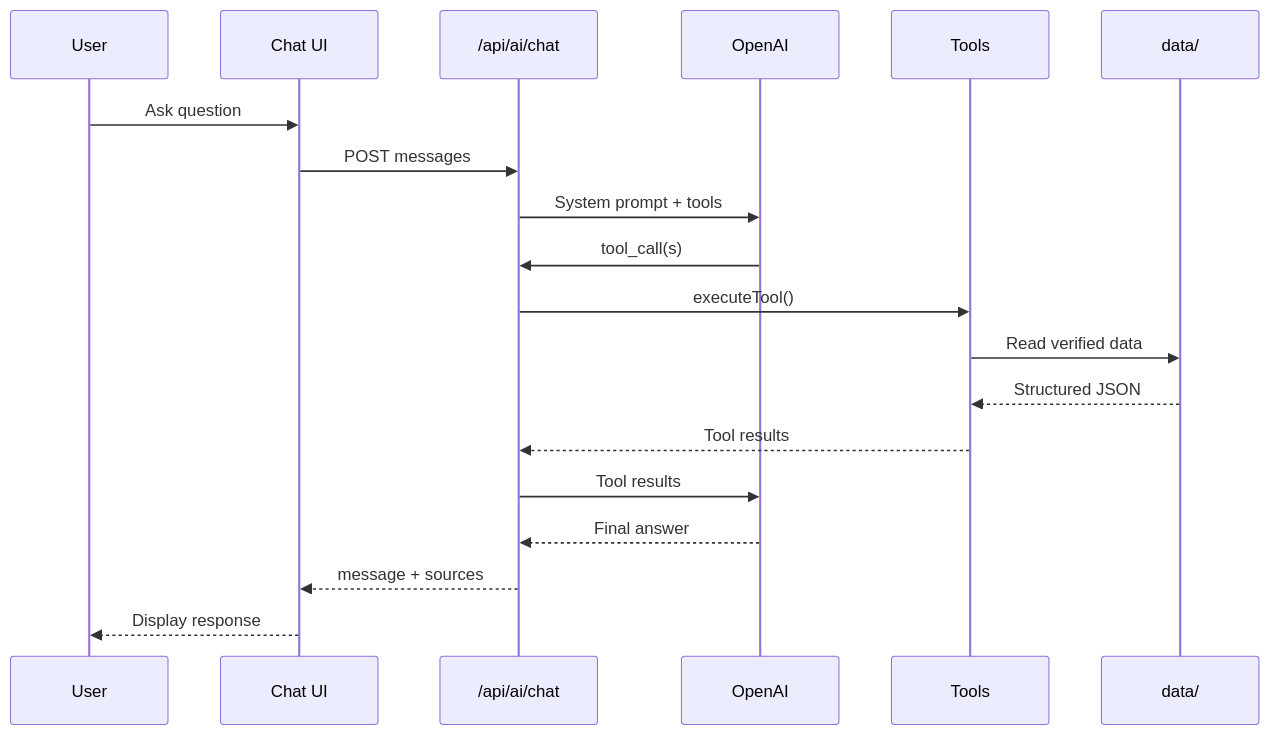
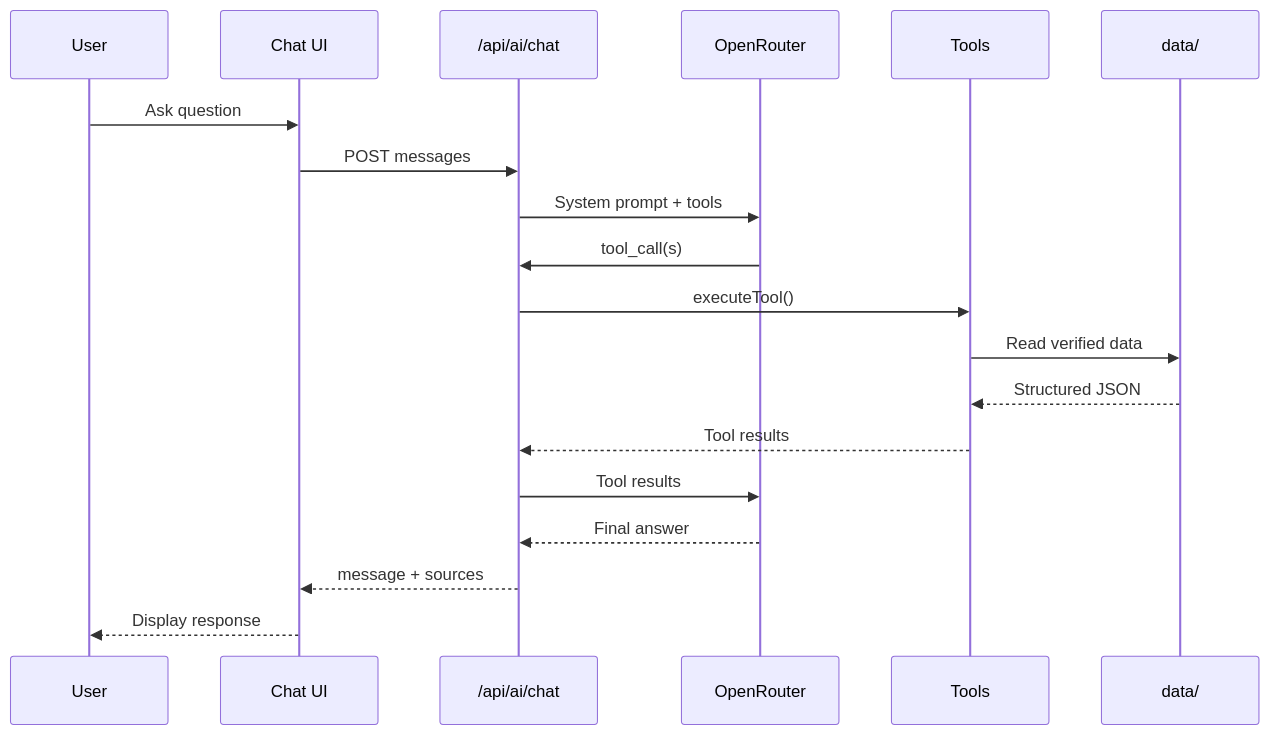
One commit to HardikArora0843/Portfolio changed the diagram in README.md. Above: the diagram before and after it, drawn with Mermaid. The commit also changed other lines of this file and 3 other files, not shown here.

````diff
--- a/README.md
+++ b/README.md
@@ -43,22 +43,22 @@
 ```mermaid
 sequenceDiagram
     participant U as User
     participant C as Chat UI
     participant A as /api/ai/chat
-    participant O as OpenAI
+    participant O as OpenRouter
     participant T as Tools
     participant D as data/
 
     U->>C: Ask question
     C->>A: POST messages
     A->>O: System prompt + tools
     O->>A: tool_call(s)
     A->>T: executeTool()
     T->>D: Read verified data
     D-->>T: Structured JSON
     T-->>A: Tool results
     A->>O: Tool results
     O-->>A: Final answer
     A-->>C: message + sources
     C-->>U: Display response
 ```
````
